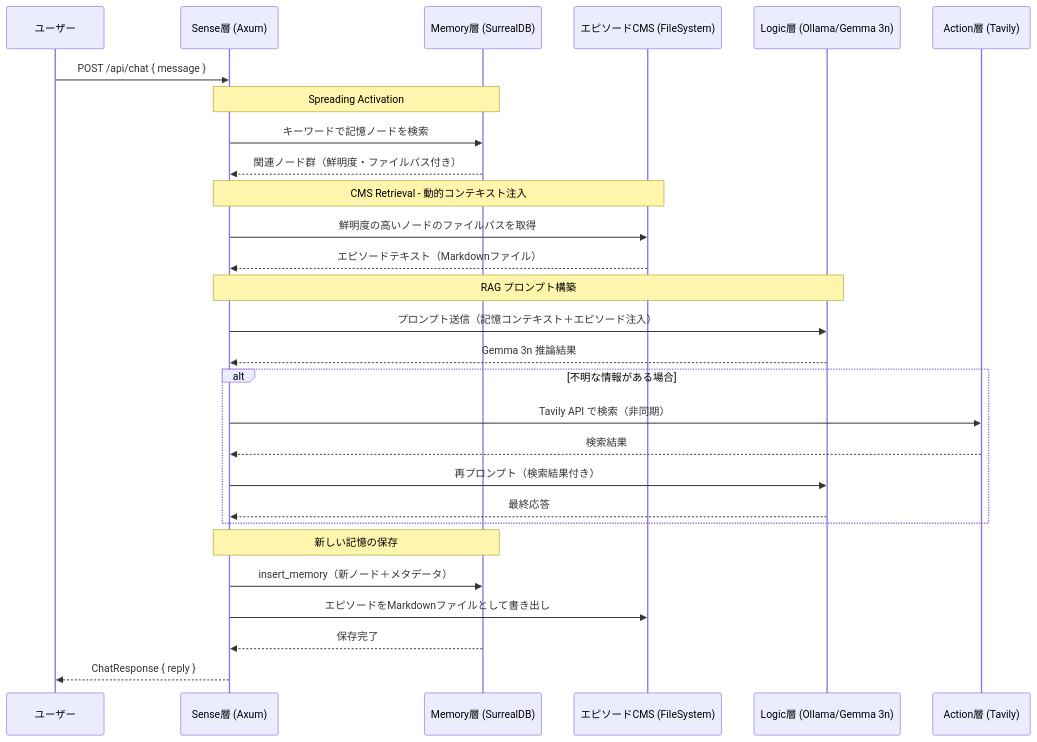
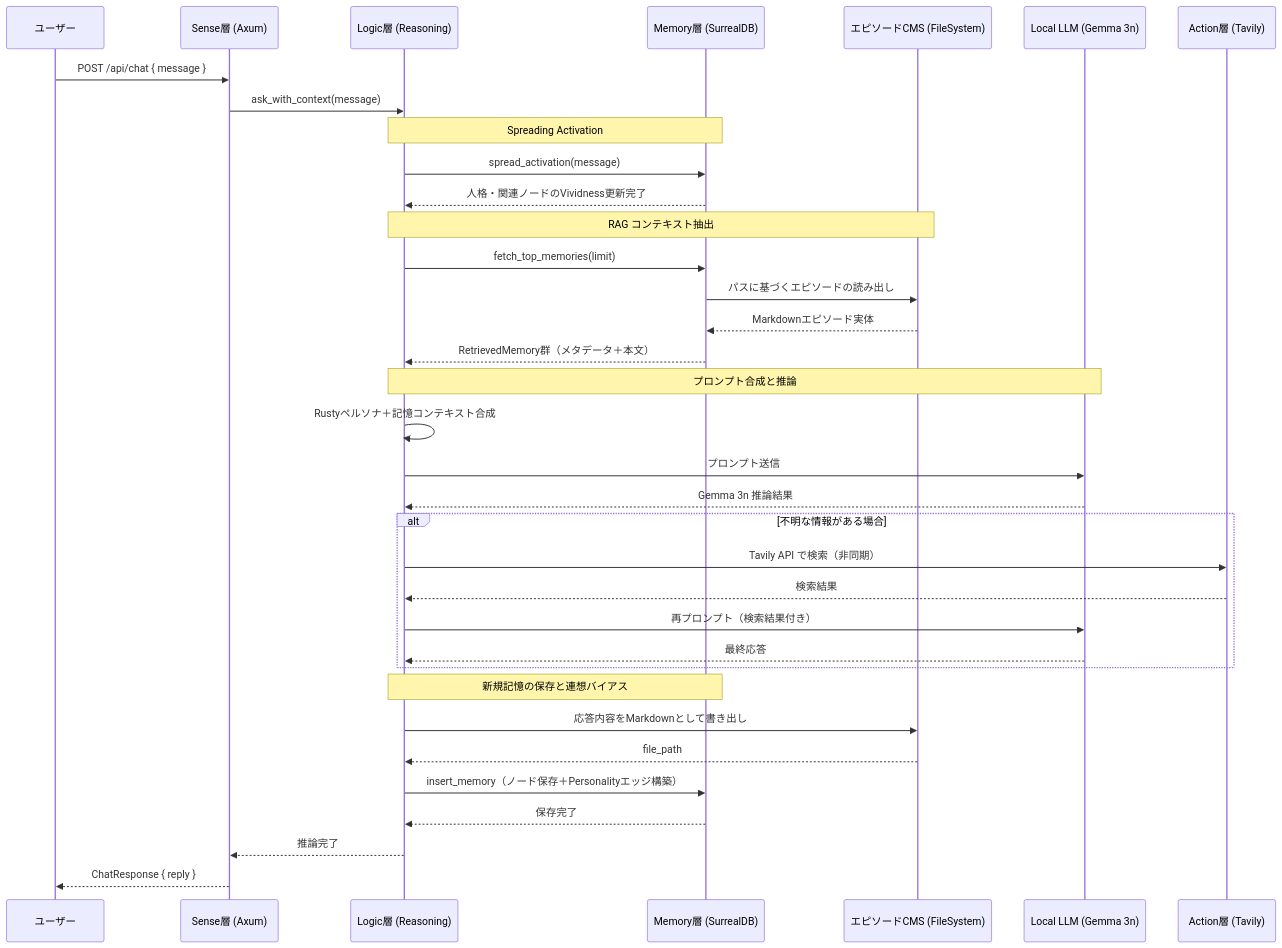
The diagram in .gemini/docs/diagrams/sequence_chat_flow.md (rhsmz/iris), drawn with Mermaid before and after one commit.

Commit message:
docs: フェーズ4のRAGフローに合わせてシーケンス図を更新

````diff
--- a/.gemini/docs/diagrams/sequence_chat_flow.md
+++ b/.gemini/docs/diagrams/sequence_chat_flow.md
@@ -9,37 +9,44 @@
 ```mermaid
 sequenceDiagram
     participant User as ユーザー
     participant Axum as Sense層 (Axum)
+    participant Logic as Logic層 (Reasoning)
     participant Memory as Memory層 (SurrealDB)
     participant FS as エピソードCMS (FileSystem)
-    participant Logic as Logic層 (Ollama/Gemma 3n)
+    participant Ollama as Local LLM (Gemma 3n)
     participant Action as Action層 (Tavily)
 
     User->>Axum: POST /api/chat { message }
+    Axum->>Logic: ask_with_context(message)
 
-    Note over Axum,Memory: Spreading Activation
-    Axum->>Memory: キーワードで記憶ノードを検索
-    Memory-->>Axum: 関連ノード群（鮮明度・ファイルパス付き）
+    Note over Logic,Memory: Spreading Activation
+    Logic->>Memory: spread_activation(message)
+    Memory-->>Logic: 人格・関連ノードのVividness更新完了
 
-    Note over Axum,FS: CMS Retrieval - 動的コンテキスト注入
-    Axum->>FS: 鮮明度の高いノードのファイルパスを取得
-    FS-->>Axum: エピソードテキスト（Markdownファイル）
+    Note over Logic,FS: RAG コンテキスト抽出
+    Logic->>Memory: fetch_top_memories(limit)
+    Memory->>FS: パスに基づくエピソードの読み出し
+    FS-->>Memory: Markdownエピソード実体
+    Memory-->>Logic: RetrievedMemory群（メタデータ＋本文）
 
-    Note over Axum,Logic: RAG プロンプト構築
-    Axum->>Logic: プロンプト送信（記憶コンテキスト＋エピソード注入）
-    Logic-->>Axum: Gemma 3n 推論結果
+    Note over Logic,Ollama: プロンプト合成と推論
+    Logic->>Logic: Rustyペルソナ＋記憶コンテキスト合成
+    Logic->>Ollama: プロンプト送信
+    Ollama-->>Logic: Gemma 3n 推論結果
 
     alt 不明な情報がある場合
-        Axum->>Action: Tavily API で検索（非同期）
-        Action-->>Axum: 検索結果
-        Axum->>Logic: 再プロンプト（検索結果付き）
-        Logic-->>Axum: 最終応答
+        Logic->>Action: Tavily API で検索（非同期）
+        Action-->>Logic: 検索結果
+        Logic->>Ollama: 再プロンプト（検索結果付き）
+        Ollama-->>Logic: 最終応答
     end
 
-    Note over Axum,Memory: 新しい記憶の保存
-    Axum->>Memory: insert_memory（新ノード＋メタデータ）
-    Axum->>FS: エピソードをMarkdownファイルとして書き出し
-    Memory-->>Axum: 保存完了
+    Note over Logic,Memory: 新規記憶の保存と連想バイアス
+    Logic->>FS: 応答内容をMarkdownとして書き出し
+    FS-->>Logic: file_path
+    Logic->>Memory: insert_memory（ノード保存＋Personalityエッジ構築）
+    Memory-->>Logic: 保存完了
 
+    Logic-->>Axum: 推論完了
     Axum-->>User: ChatResponse { reply }
 ```
````
